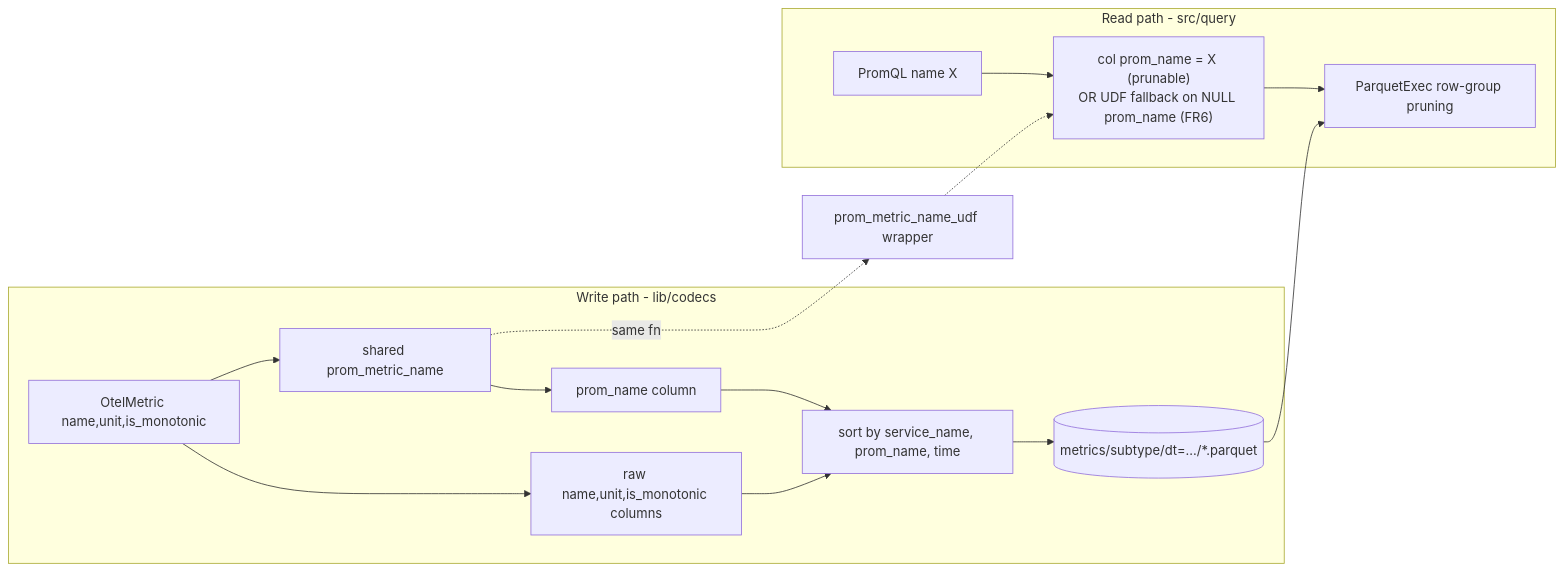
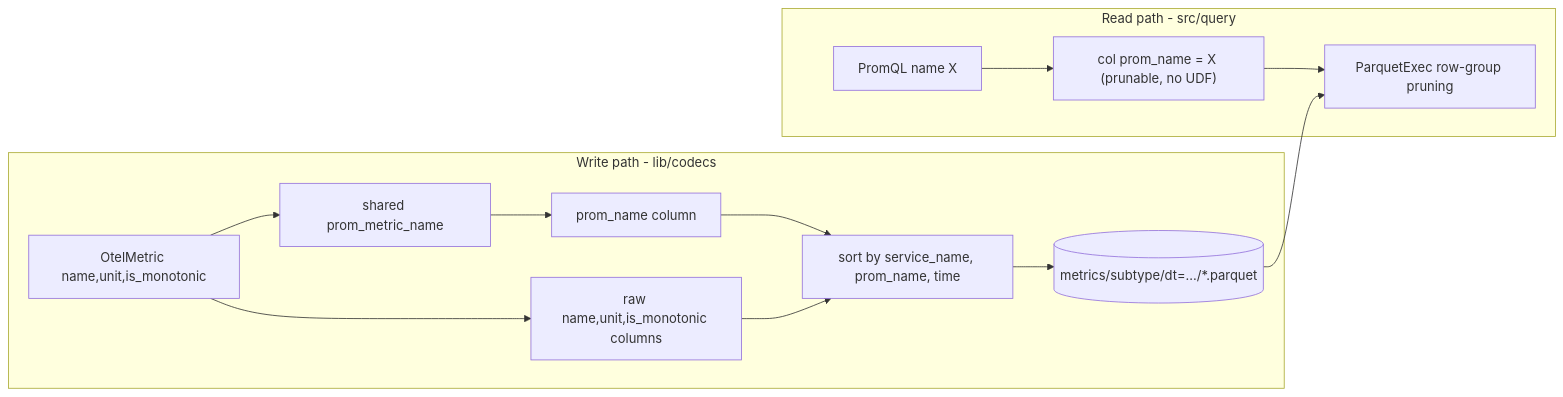
One commit to cboudereau/sol changed the diagram in docs/workspace/prom-name-column/DESIGN.md. Above: the diagram before and after it, drawn with Mermaid. The commit also changed other lines of this file and 5 other files, not shown here.

First line of the commit message:
docs(prom-name-column): drop retro-compat, remove the UDF

````diff
--- a/docs/workspace/prom-name-column/DESIGN.md
+++ b/docs/workspace/prom-name-column/DESIGN.md
@@ -121,17 +124,15 @@
 ```mermaid
 flowchart LR
   subgraph write [Write path - lib/codecs]
     OM[OtelMetric name,unit,is_monotonic] --> N[shared prom_metric_name]
     N --> PN[prom_name column]
     OM --> RAW[raw name,unit,is_monotonic columns]
     PN & RAW --> SORT[sort by service_name, prom_name, time]
     SORT --> PARQUET[(metrics/subtype/dt=.../*.parquet)]
   end
   subgraph read [Read path - src/query]
-    Q[PromQL name X] --> F["col prom_name = X (prunable)\nOR UDF fallback on NULL prom_name (FR6)"]
+    Q[PromQL name X] --> F["col prom_name = X (prunable, no UDF)"]
     F --> SCAN[ParquetExec row-group pruning]
     PARQUET --> SCAN
   end
-  N -. same fn .-> UDFW[prom_metric_name_udf wrapper]
-  UDFW -.-> F
 ```
````
